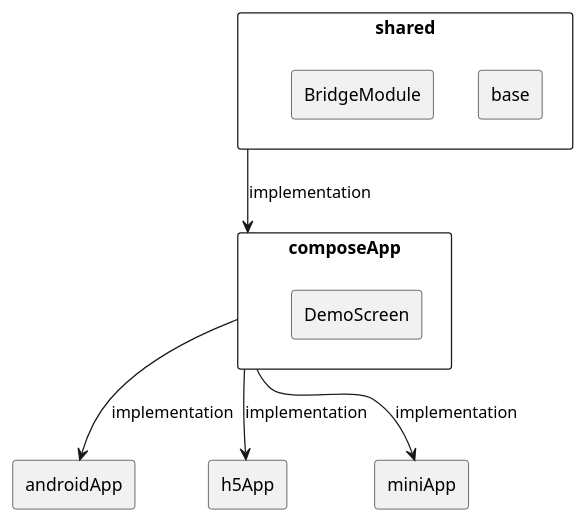
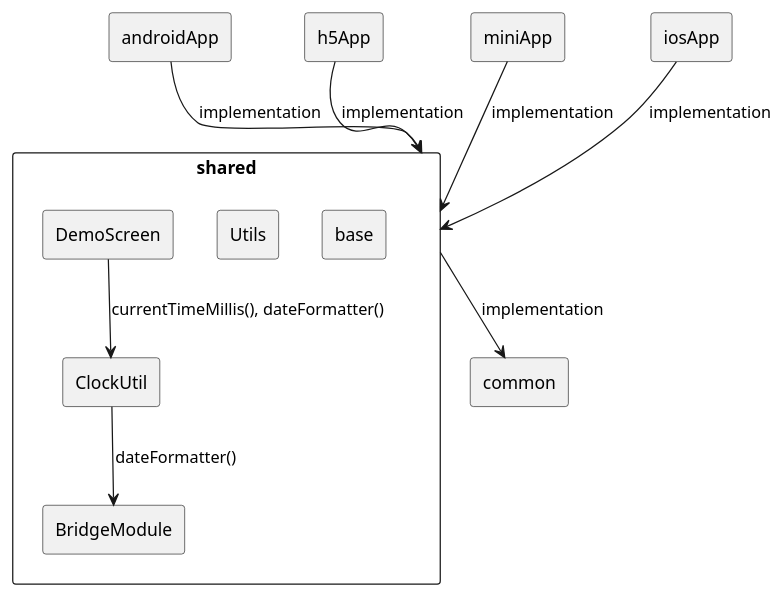
One commit to yuanjingtech/boot-app-kuikly changed the diagram in docs/dependency.plantuml. Above: the diagram before and after it, drawn with PlantUML. The commit also changed 17 other files, not shown here.

First line of the commit message:
feat: 重构项目结构并实现 ClockUtil 工具类

```diff
--- a/docs/dependency.plantuml
+++ b/docs/dependency.plantuml
@@ -1,21 +1,29 @@
 @startuml
 skinparam componentStyle rectangle
 
 component "shared" as shared {
     [base] as base
     [BridgeModule] as bridge
+    [ClockUtil] as clock
+    [Utils] as utils
+    [DemoScreen] as demo
 }
 
-component "composeApp" as composeApp {
-    [DemoScreen] as demo
+component "common" as common {
 }
 
 component "androidApp" as androidApp
 component "h5App" as h5App
 component "miniApp" as miniApp
+component "iosApp" as iosApp
 
-shared --> composeApp : implementation
-composeApp --> androidApp : implementation
-composeApp --> h5App : implementation
-composeApp --> miniApp : implementation
+shared --> common : implementation
+
+androidApp --> shared : implementation
+h5App --> shared : implementation
+miniApp --> shared : implementation
+iosApp --> shared : implementation
+
+clock --> bridge : dateFormatter()
+demo --> clock : currentTimeMillis(), dateFormatter()
 @enduml
```
